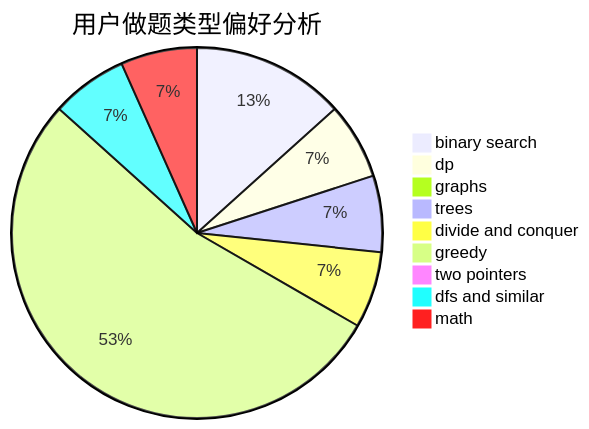
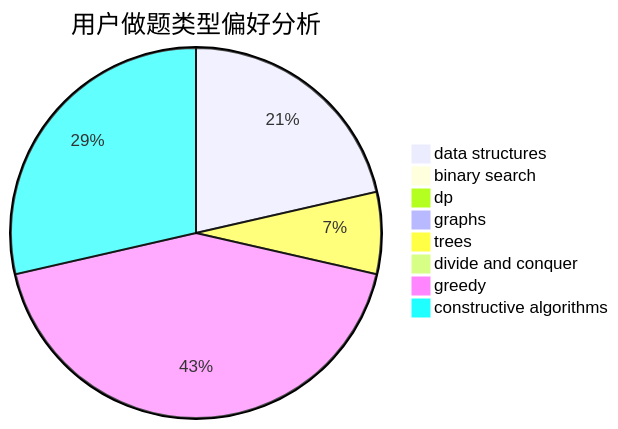
The second of 3 diagrams in docs/user/u2330.md (sherpahu/cfrs.github.io), drawn with Mermaid before and after one commit. The commit also changed other lines of this file and 2775 other files, not shown here.

````diff
--- a/docs/user/u2330.md
+++ b/docs/user/u2330.md
@@ -23,12 +23,11 @@
 ```mermaid
 pie title 用户做题类型偏好分析
-    "binary search" :  2
-    "dp" :  1
+    "data structures" :  3
+    "binary search" :  0
+    "dp" :  0
     "graphs" :  0
     "trees" :  1
-    "divide and conquer" :  1
-    "greedy" :  8
-    "two pointers" :  0
-    "dfs and similar" :  1
-    "math" :  1
+    "divide and conquer" :  0
+    "greedy" :  6
+    "constructive algorithms" :  4
 ```
````
